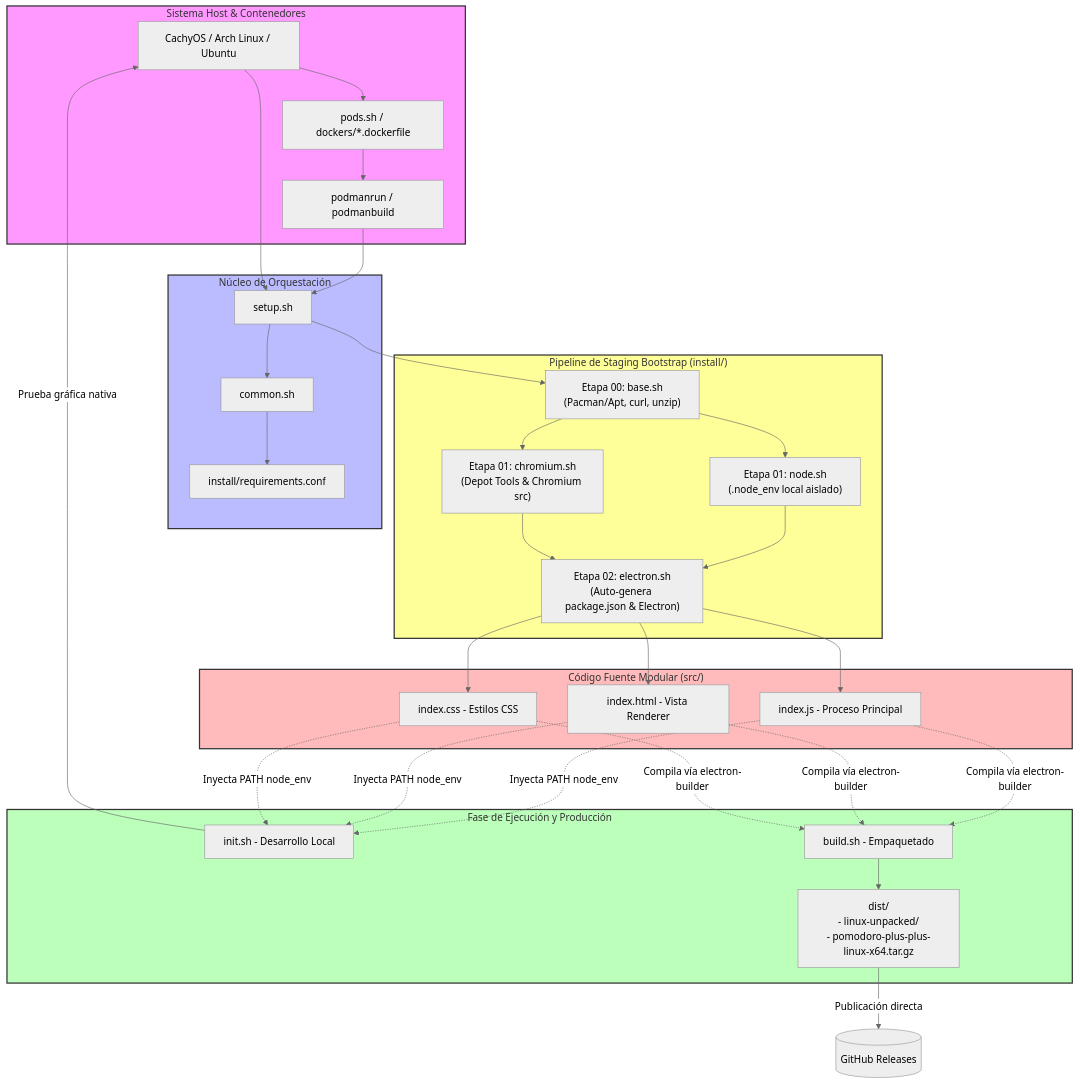
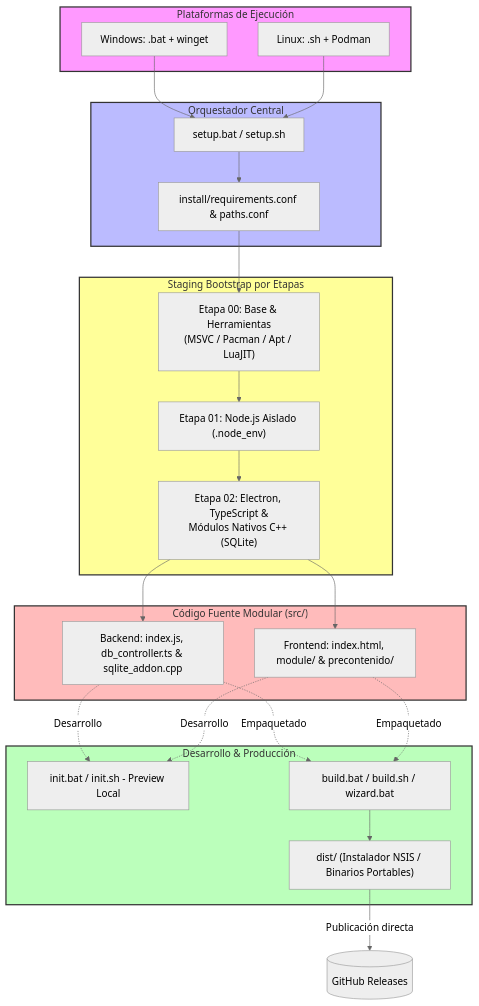
Before and after one commit to CarlosConLetraC/pomodoro-plus-plus: the diagram in README.md, drawn with Mermaid (neutral theme). The commit also changed other lines of this file, not shown here.

````diff
--- a/README.md
+++ b/README.md
@@ -251,55 +192,44 @@
 ```mermaid
 graph TD
-    subgraph Host ["Sistema Host & Contenedores"]
-        OS[CachyOS / Arch Linux / Ubuntu]
-        Pods[pods.sh / dockers/*.dockerfile]
-        PodRun[podmanrun / podmanbuild]
+    subgraph Environments ["Plataformas de Ejecución"]
+        Win[Windows: .bat + winget]
+        Linux[Linux: .sh + Podman]
     end
 
-    subgraph Core ["Núcleo de Orquestación"]
-        Setup[setup.sh]
-        Common[common.sh]
-        Reqs[install/requirements.conf]
+    subgraph Core ["Orquestador Central"]
+        Setup[setup.bat / setup.sh]
+        Reqs[install/requirements.conf & paths.conf]
     end
 
-    subgraph Staging ["Pipeline de Staging Bootstrap (install/)"]
-        S00["Etapa 00: base.sh<br/>(Pacman/Apt, curl, unzip)"]
-        S01N["Etapa 01: node.sh<br/>(.node_env local aislado)"]
-        S01C["Etapa 01: chromium.sh<br/>(Depot Tools & Chromium src)"]
-        S02E["Etapa 02: electron.sh<br/>(Auto-genera package.json & Electron)"]
+    subgraph Staging ["Staging Bootstrap por Etapas"]
+        S00["Etapa 00: Base & Herramientas<br/>(MSVC / Pacman / Apt / LuaJIT)"]
+        S01["Etapa 01: Node.js Aislado (.node_env)"]
+        S02["Etapa 02: Electron, TypeScript &<br/>Módulos Nativos C++ (SQLite)"]
     end
 
-    subgraph Source ["Código Fuente Modular (src/)"]
-        SrcJS[index.js - Proceso Principal]
-        SrcHTML[index.html - Vista Renderer]
-        SrcCSS[index.css - Estilos CSS]
+    subgraph AppSource ["Código Fuente Modular (src/)"]
+        Backend[Backend: index.js, db_controller.ts & sqlite_addon.cpp]
+        Frontend[Frontend: index.html, module/ & precontenido/]
     end
 
-    subgraph Execution ["Fase de Ejecución y Producción"]
-        Init[init.sh - Desarrollo Local]
-        Build[build.sh - Empaquetado]
-        Dist["dist/<br/>- linux-unpacked/<br/>- pomodoro-plus-plus-linux-x64.tar.gz"]
+    subgraph Execution ["Desarrollo & Producción"]
+        Init[init.bat / init.sh - Preview Local]
+        Build[build.bat / build.sh / wizard.bat]
+        Dist["dist/ (Instalador NSIS / Binarios Portables)"]
     end
 
-    %% Relaciones de flujo
-    OS --> Pods --> PodRun --> Setup
-    OS --> Setup
-    Setup --> Common --> Reqs
-    Setup --> S00 --> S01N & S01C --> S02E
-    S02E --> SrcJS & SrcHTML & SrcCSS
+    Win --> Setup
+    Linux --> Setup
+    Setup --> Reqs --> S00 --> S01 --> S02
+    S02 --> Backend & Frontend
     
-    %% Flujo de desarrollo
-    SrcJS & SrcHTML & SrcCSS -.->|Inyecta PATH node_env| Init
-    Init -->|Prueba gráfica nativa| OS
-
-    %% Flujo de compilación
-    SrcJS & SrcHTML & SrcCSS -.->|Compila vía electron-builder| Build
-    Build --> Dist
+    Backend & Frontend -.->|Desarrollo| Init
+    Backend & Frontend -.->|Empaquetado| Build --> Dist
     Dist -->|Publicación directa| GitHubReleases[(GitHub Releases)]
 
-    style Host fill:#f9f,stroke:#333,stroke-width:2px
+    style Environments fill:#f9f,stroke:#333,stroke-width:2px
     style Core fill:#bbf,stroke:#333,stroke-width:2px
     style Staging fill:#ff9,stroke:#333,stroke-width:2px
-    style Source fill:#fbb,stroke:#333,stroke-width:2px
+    style AppSource fill:#fbb,stroke:#333,stroke-width:2px
     style Execution fill:#bfb,stroke:#333,stroke-width:2px
 ```
````
